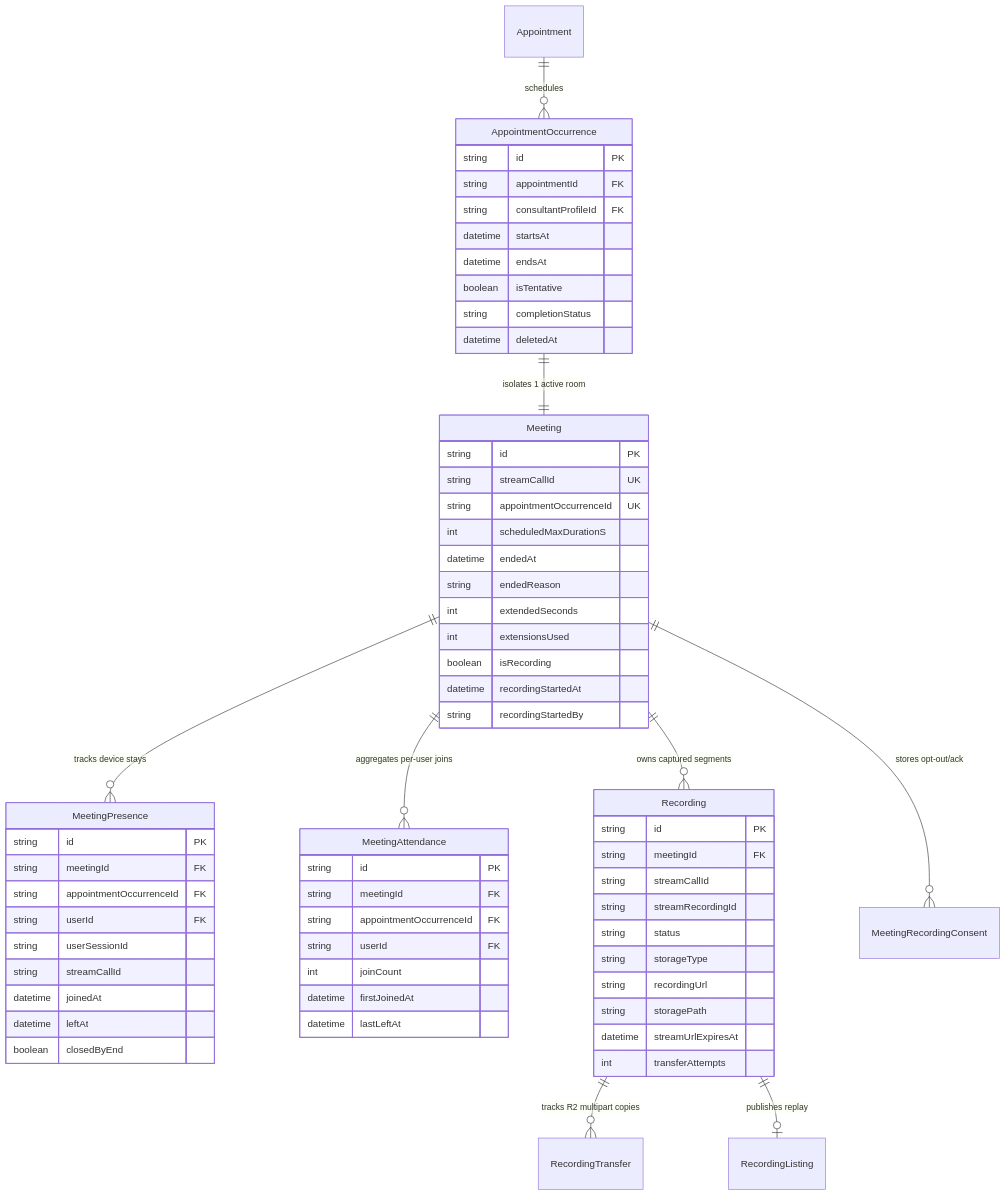
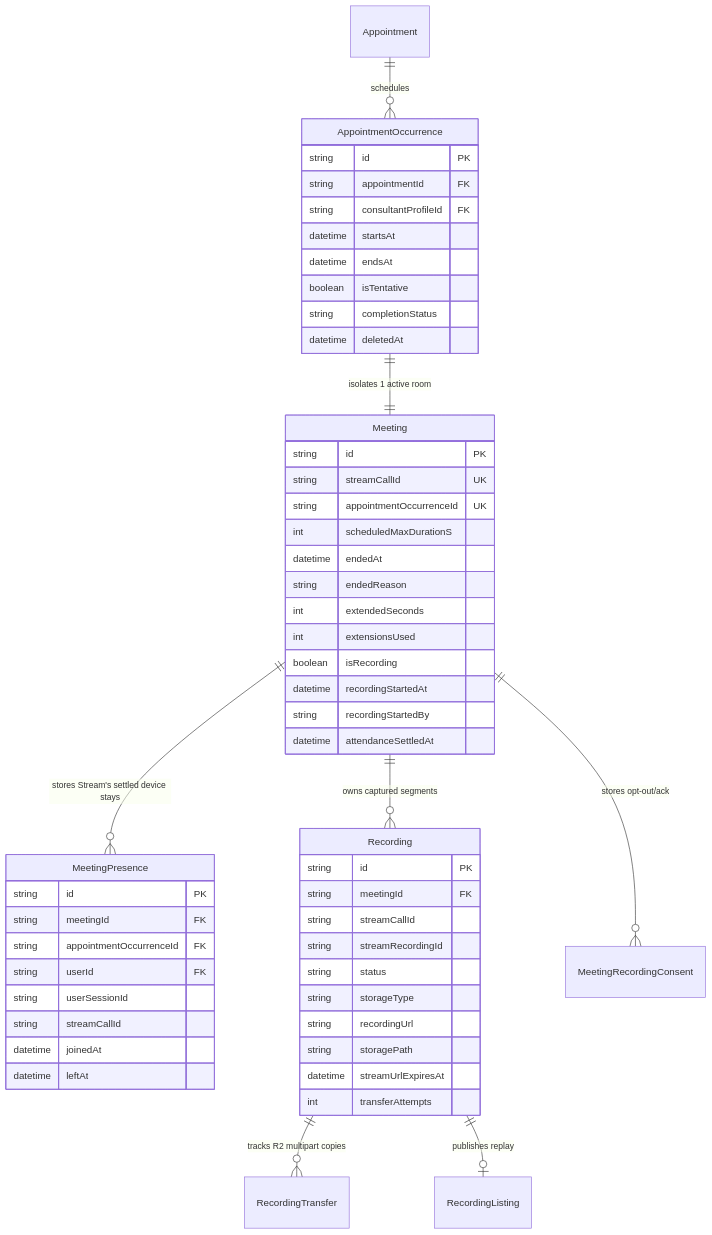
The second of 2 diagrams in docs/stream/01-architecture.md (Practitionist/familiarise_web), drawn with Mermaid before and after one commit. The commit also changed other lines of this file and 19 other files, not shown here.

First line of the commit message:
docs: attendance is Stream's settled record; the decision record is accepted

````diff
--- a/docs/stream/01-architecture.md
+++ b/docs/stream/01-architecture.md
@@ -114,71 +114,60 @@
 ```mermaid
 erDiagram
     Appointment ||--o{ AppointmentOccurrence : "schedules"
     AppointmentOccurrence ||--|| Meeting : "isolates 1 active room"
-    Meeting ||--o{ MeetingPresence : "tracks device stays"
-    Meeting ||--o{ MeetingAttendance : "aggregates per-user joins"
+    Meeting ||--o{ MeetingPresence : "stores Stream's settled device stays"
     Meeting ||--o{ Recording : "owns captured segments"
     Meeting ||--o{ MeetingRecordingConsent : "stores opt-out/ack"
     Recording ||--o{ RecordingTransfer : "tracks R2 multipart copies"
     Recording ||--o| RecordingListing : "publishes replay"
 
     AppointmentOccurrence {
         string id PK
         string appointmentId FK
         string consultantProfileId FK
         datetime startsAt
         datetime endsAt
         boolean isTentative
         string completionStatus
         datetime deletedAt
     }
 
     Meeting {
         string id PK
         string streamCallId UK
         string appointmentOccurrenceId UK
         int scheduledMaxDurationS
         datetime endedAt
         string endedReason
         int extendedSeconds
         int extensionsUsed
         boolean isRecording
         datetime recordingStartedAt
         string recordingStartedBy
+        datetime attendanceSettledAt
     }
 
     MeetingPresence {
         string id PK
         string meetingId FK
         string appointmentOccurrenceId FK
         string userId FK
         string userSessionId
         string streamCallId
         datetime joinedAt
         datetime leftAt
-        boolean closedByEnd
-    }
-
-    MeetingAttendance {
-        string id PK
-        string meetingId FK
-        string appointmentOccurrenceId FK
-        string userId FK
-        int joinCount
-        datetime firstJoinedAt
-        datetime lastLeftAt
     }
 
     Recording {
         string id PK
         string meetingId FK
         string streamCallId
         string streamRecordingId
         string status
         string storageType
         string recordingUrl
         string storagePath
         datetime streamUrlExpiresAt
         int transferAttempts
     }
 ```
````
